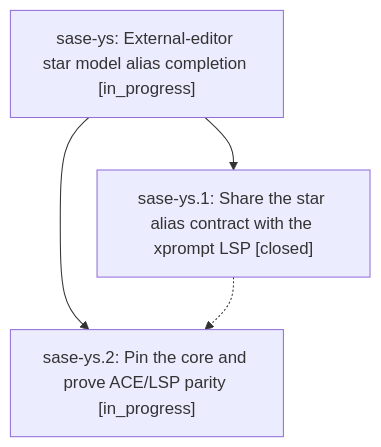
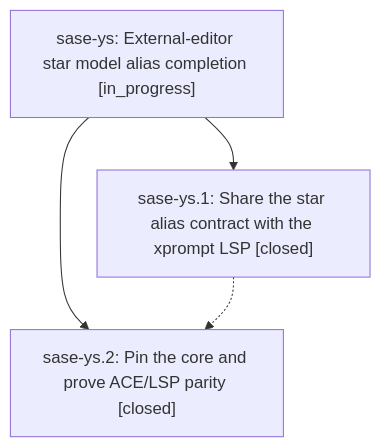
The diagram in pages/sase-ys/README.md (sase-org/sase--beads), drawn with Mermaid before and after one commit. The commit also changed other lines of this file and 2 other files, not shown here.

First line of the commit message:
chore(beads): sync bead state and pages for sase-ys

````diff
--- a/pages/sase-ys/README.md
+++ b/pages/sase-ys/README.md
@@ -35,9 +35,9 @@
 ```mermaid
 flowchart TD
     n0["sase-ys: External-editor star model alias completion [in_progress]"]
     n1["sase-ys.1: Share the star alias contract with the xprompt LSP [closed]"]
-    n2["sase-ys.2: Pin the core and prove ACE/LSP parity [in_progress]"]
+    n2["sase-ys.2: Pin the core and prove ACE/LSP parity [closed]"]
     n0 --> n1
     n0 --> n2
     n1 -.-> n2
 ```
````
